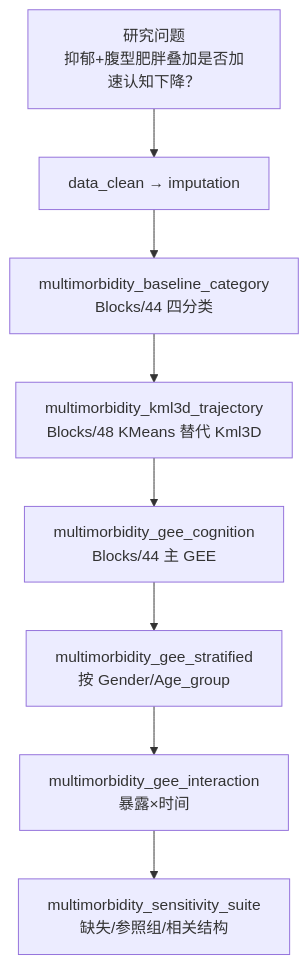
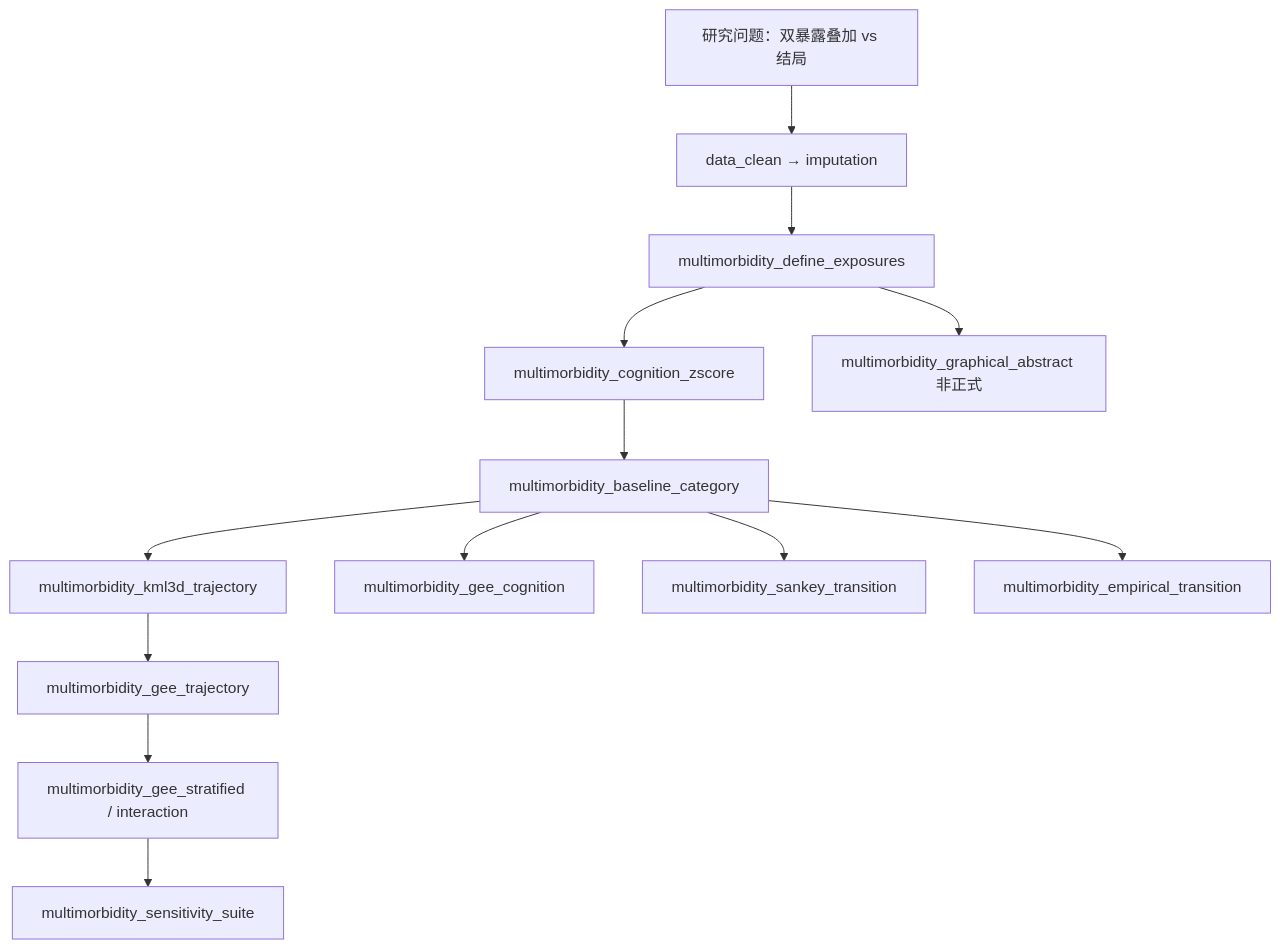
Before and after one commit to sakura1023666/medical-blocks-engine: the diagram in Decisiontree/decision_tree_multimorbidity_additive.md, drawn with Mermaid. The commit also changed other lines of this file and 109 other files, not shown here.

````diff
--- a/Decisiontree/decision_tree_multimorbidity_additive.md
+++ b/Decisiontree/decision_tree_multimorbidity_additive.md
@@ -19,14 +21,24 @@
 ```mermaid
 flowchart TD
-    Q["研究问题\n抑郁+腹型肥胖叠加是否加速认知下降？"]
+  Q["研究问题：双暴露叠加 vs 结局"]
+  D0["data_clean → imputation"]
+  E0["multimorbidity_define_exposures"]
+  Z0["multimorbidity_cognition_zscore"]
+  C0["multimorbidity_baseline_category"]
+  K0["multimorbidity_kml3d_trajectory"]
+  G1["multimorbidity_gee_cognition"]
+  G2["multimorbidity_gee_trajectory"]
+  S0["multimorbidity_sankey_transition"]
+  T0["multimorbidity_empirical_transition"]
+  U0["multimorbidity_gee_stratified / interaction"]
+  V0["multimorbidity_sensitivity_suite"]
+  GA["multimorbidity_graphical_abstract 非正式"]
 
-    D1["data_clean → imputation"]
-    G1["multimorbidity_baseline_category\nBlocks/44 四分类"]
-    G2["multimorbidity_kml3d_trajectory\nBlocks/48 KMeans 替代 Kml3D"]
-    G3["multimorbidity_gee_cognition\nBlocks/44 主 GEE"]
-    G4["multimorbidity_gee_stratified\n按 Gender/Age_group"]
-    G5["multimorbidity_gee_interaction\n暴露×时间"]
-    G6["multimorbidity_sensitivity_suite\n缺失/参照组/相关结构"]
-
-    Q --> D1 --> G1 --> G2 --> G3 --> G4 --> G5 --> G6
+  Q --> D0 --> E0 --> Z0 --> C0 --> K0
+  C0 --> G1
+  K0 --> G2
+  C0 --> S0
+  C0 --> T0
+  G2 --> U0 --> V0
+  E0 --> GA
 ```
````
